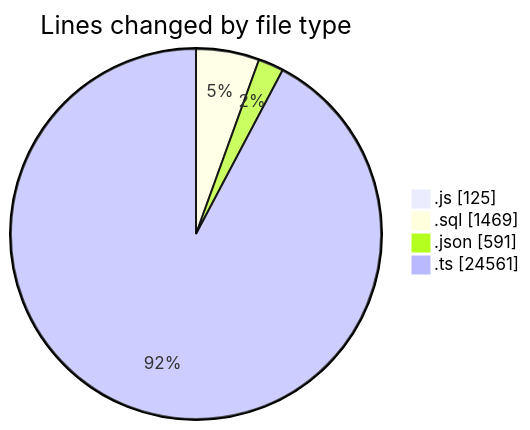
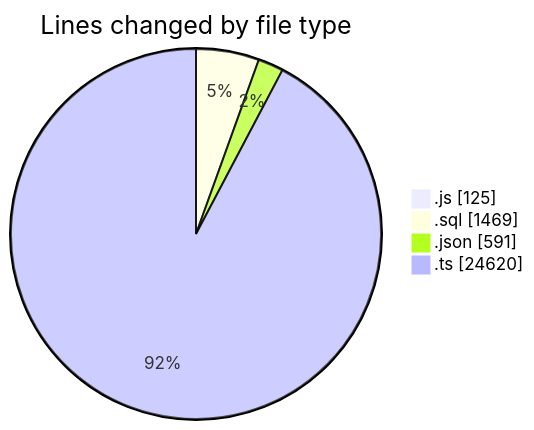
One commit to momahboobian/code-tracking changed the first of 2 diagrams in 2026-05-20/cda/README.md. Above: the diagram before and after it, drawn with Mermaid. The commit also changed other lines of this file and 1 other file, not shown here.

````diff
--- a/2026-05-20/cda/README.md
+++ b/2026-05-20/cda/README.md
@@ -37,8 +37,8 @@
 ```mermaid
 pie showData
 title Lines changed by file type
 ".js" : 125
 ".sql" : 1469
 ".json" : 591
-".ts" : 24561
+".ts" : 24620
 ```
````
